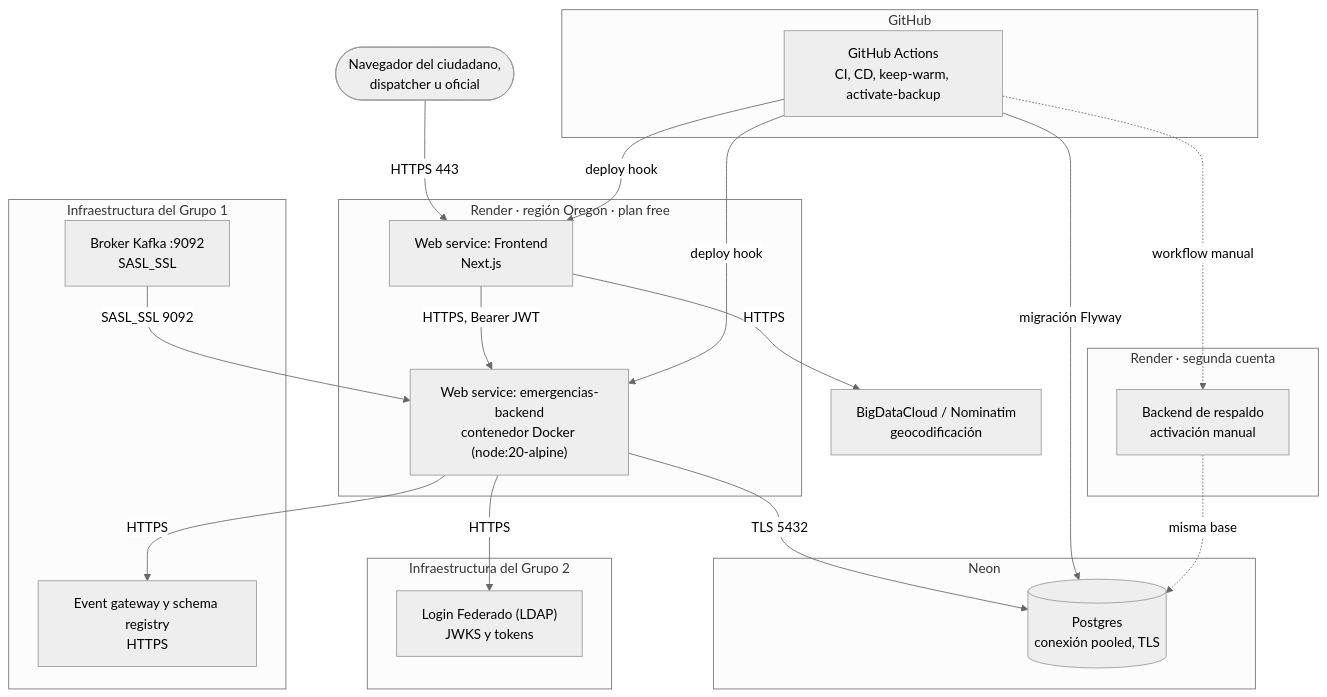
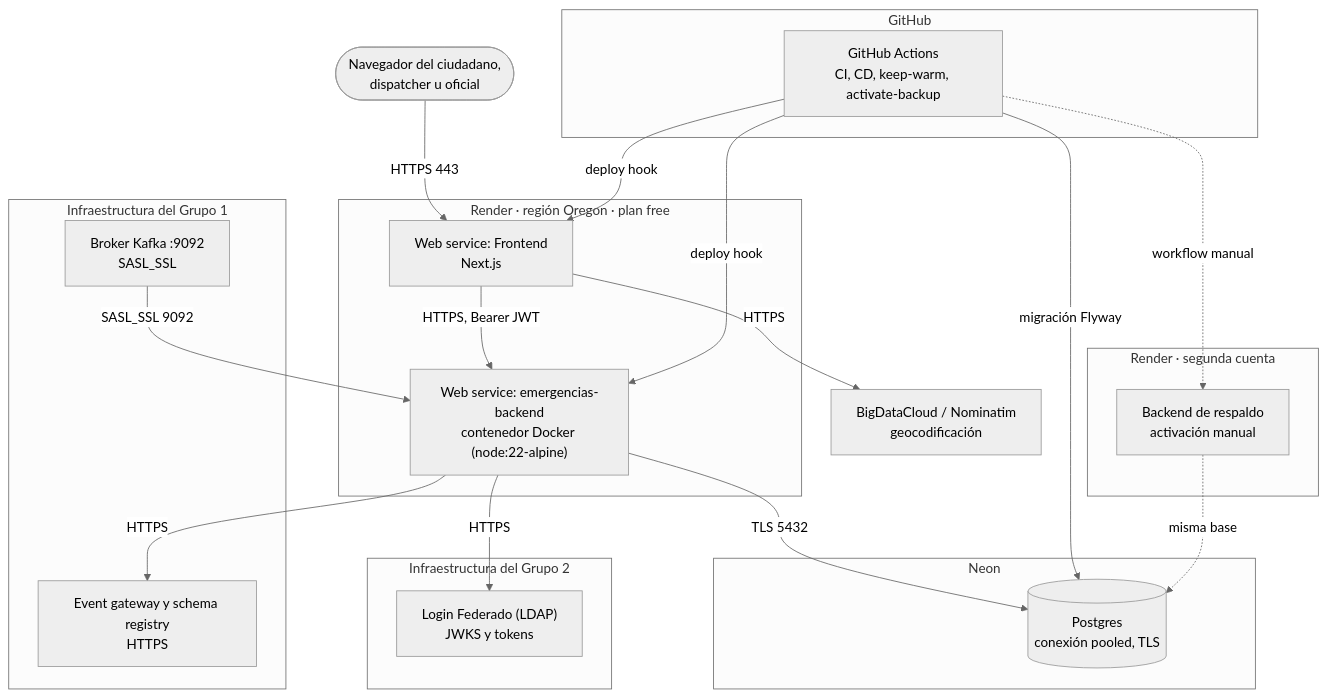
One commit to G6D2/emergencias-backend changed the fourth of 4 diagrams in docs/diagramas/09-vista-4+1.md. Above: the diagram before and after it, drawn with Mermaid (neutral theme). The commit also changed other lines of this file and 6 other files, not shown here.

First line of the commit message:
chore: pasar el backend a Node 22 (#137)

````diff
--- a/docs/diagramas/09-vista-4+1.md
+++ b/docs/diagramas/09-vista-4+1.md
@@ -304,45 +304,45 @@
 ```mermaid
 flowchart TB
     user(["Navegador del ciudadano,<br/>dispatcher u oficial"])
 
     subgraph render["Render · región Oregon · plan free"]
         feN["Web service: Frontend<br/>Next.js"]
-        beN["Web service: emergencias-backend<br/>contenedor Docker (node:20-alpine)"]
+        beN["Web service: emergencias-backend<br/>contenedor Docker (node:22-alpine)"]
     end
 
     subgraph render2["Render · segunda cuenta"]
         bkN["Backend de respaldo<br/>activación manual"]
     end
 
     subgraph neon["Neon"]
         pg[("Postgres<br/>conexión pooled, TLS")]
     end
 
     subgraph g1["Infraestructura del Grupo 1"]
         kf["Broker Kafka :9092<br/>SASL_SSL"]
         gwN["Event gateway y schema registry<br/>HTTPS"]
     end
 
     subgraph g2["Infraestructura del Grupo 2"]
         idpN["Login Federado (LDAP)<br/>JWKS y tokens"]
     end
 
     geoN["BigDataCloud / Nominatim<br/>geocodificación"]
 
     subgraph gh["GitHub"]
         act["GitHub Actions<br/>CI, CD, keep-warm, activate-backup"]
     end
 
     user -->|"HTTPS 443"| feN
     feN -->|"HTTPS, Bearer JWT"| beN
     beN -->|"TLS 5432"| pg
     kf -->|"SASL_SSL 9092"| beN
     beN -->|"HTTPS"| gwN
     beN -->|"HTTPS"| idpN
     feN -->|"HTTPS"| geoN
     act -->|"migración Flyway"| pg
     act -->|"deploy hook"| beN
     act -->|"deploy hook"| feN
     act -.->|"workflow manual"| bkN
     bkN -.->|"misma base"| pg
 ```
````
